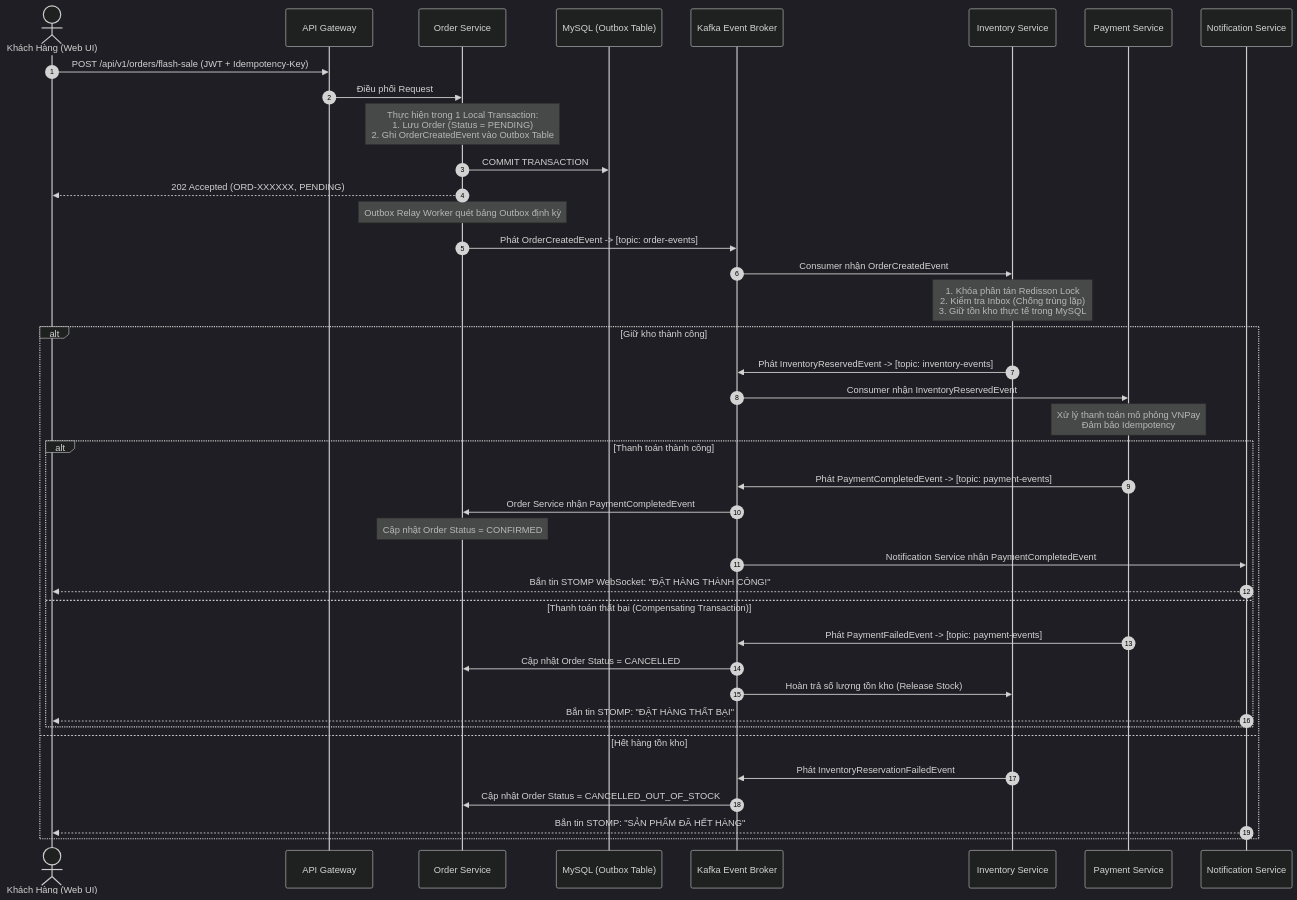
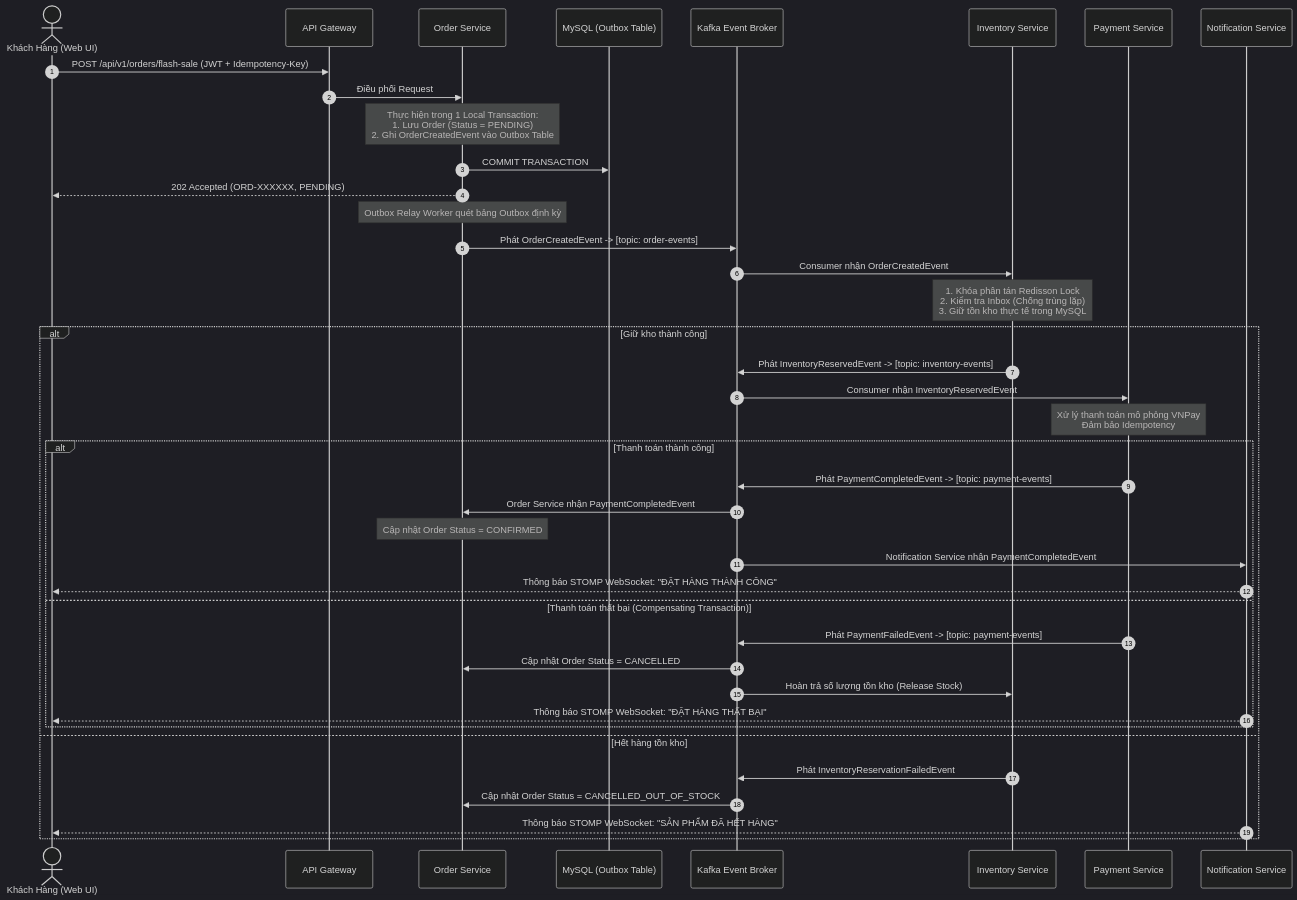
Before and after one commit to QuangS2/FlashSaleECommercePlatform: the second of 2 diagrams in docs/ARCHITECTURE.md, drawn with Mermaid (dark theme). The commit also changed other lines of this file and 4 other files, not shown here.

Commit message:
docs: update system architecture and technical documentation

````diff
--- a/docs/ARCHITECTURE.md
+++ b/docs/ARCHITECTURE.md
@@ -96,45 +96,45 @@
 ```mermaid
 sequenceDiagram
     autonumber
     actor Client as Khách Hàng (Web UI)
     participant Gateway as API Gateway
     participant Order as Order Service
     participant MySQL as MySQL (Outbox Table)
     participant Kafka as Kafka Event Broker
     participant Inv as Inventory Service
     participant Pay as Payment Service
     participant Notif as Notification Service
 
     Client->>Gateway: POST /api/v1/orders/flash-sale (JWT + Idempotency-Key)
     Gateway->>Order: Điều phối Request
     Note over Order: Thực hiện trong 1 Local Transaction:<br/>1. Lưu Order (Status = PENDING)<br/>2. Ghi OrderCreatedEvent vào Outbox Table
     Order->>MySQL: COMMIT TRANSACTION
     Order-->>Client: 202 Accepted (ORD-XXXXXX, PENDING)
 
     Note over Order: Outbox Relay Worker quét bảng Outbox định kỳ
     Order->>Kafka: Phát OrderCreatedEvent -> [topic: order-events]
     
     Kafka->>Inv: Consumer nhận OrderCreatedEvent
     Note over Inv: 1. Khóa phân tán Redisson Lock<br/>2. Kiểm tra Inbox (Chống trùng lặp)<br/>3. Giữ tồn kho thực tế trong MySQL
     alt Giữ kho thành công
         Inv->>Kafka: Phát InventoryReservedEvent -> [topic: inventory-events]
         Kafka->>Pay: Consumer nhận InventoryReservedEvent
         Note over Pay: Xử lý thanh toán mô phỏng VNPay<br/>Đảm bảo Idempotency
         alt Thanh toán thành công
             Pay->>Kafka: Phát PaymentCompletedEvent -> [topic: payment-events]
             Kafka->>Order: Order Service nhận PaymentCompletedEvent
             Note over Order: Cập nhật Order Status = CONFIRMED
             Kafka->>Notif: Notification Service nhận PaymentCompletedEvent
-            Notif-->>Client: Bắn tin STOMP WebSocket: "ĐẶT HÀNG THÀNH CÔNG!"
+            Notif-->>Client: Thông báo STOMP WebSocket: "ĐẶT HÀNG THÀNH CÔNG"
         else Thanh toán thất bại (Compensating Transaction)
             Pay->>Kafka: Phát PaymentFailedEvent -> [topic: payment-events]
             Kafka->>Order: Cập nhật Order Status = CANCELLED
             Kafka->>Inv: Hoàn trả số lượng tồn kho (Release Stock)
-            Notif-->>Client: Bắn tin STOMP: "ĐẶT HÀNG THẤT BẠI"
+            Notif-->>Client: Thông báo STOMP WebSocket: "ĐẶT HÀNG THẤT BẠI"
         end
     else Hết hàng tồn kho
         Inv->>Kafka: Phát InventoryReservationFailedEvent
         Kafka->>Order: Cập nhật Order Status = CANCELLED_OUT_OF_STOCK
-        Notif-->>Client: Bắn tin STOMP: "SẢN PHẨM ĐÃ HẾT HÀNG"
+        Notif-->>Client: Thông báo STOMP WebSocket: "SẢN PHẨM ĐÃ HẾT HÀNG"
     end
 ```
````
